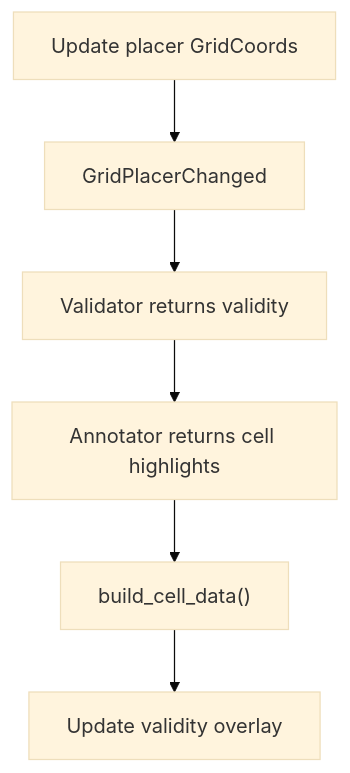
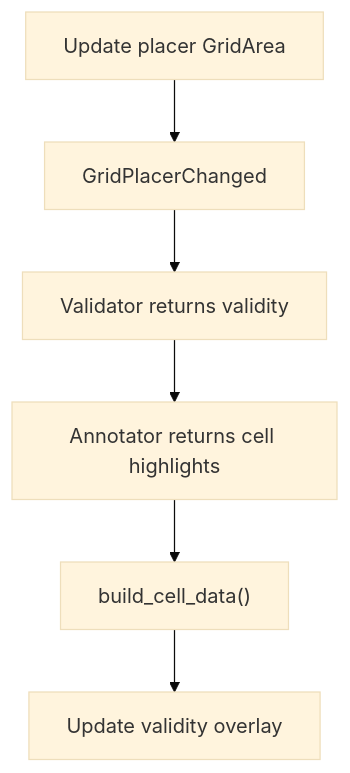
Before and after one commit to Arrekin/dark-wisps-defence: the second of 5 diagrams in documentation/architecture/grid_placer.md, drawn with Mermaid (base theme). The commit also changed other lines of this file and 79 other files, not shown here.

Commit message:
GridCoords + GridImprint = GridArea

````diff
--- a/documentation/architecture/grid_placer.md
+++ b/documentation/architecture/grid_placer.md
@@ -99,4 +100,4 @@
 ```mermaid
 flowchart TB
-    cursor["Update placer GridCoords"] --> changed["GridPlacerChanged"] --> validate["Validator returns validity"] --> annotate["Annotator returns cell highlights"] --> pack["build_cell_data()"] --> overlay["Update validity overlay"]
+    cursor["Update placer GridArea"] --> changed["GridPlacerChanged"] --> validate["Validator returns validity"] --> annotate["Annotator returns cell highlights"] --> pack["build_cell_data()"] --> overlay["Update validity overlay"]
 ```
````
